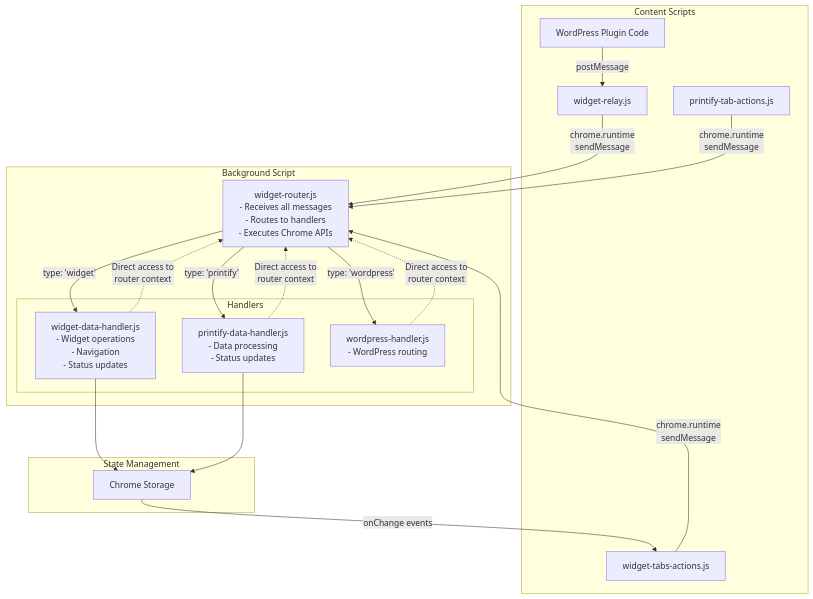
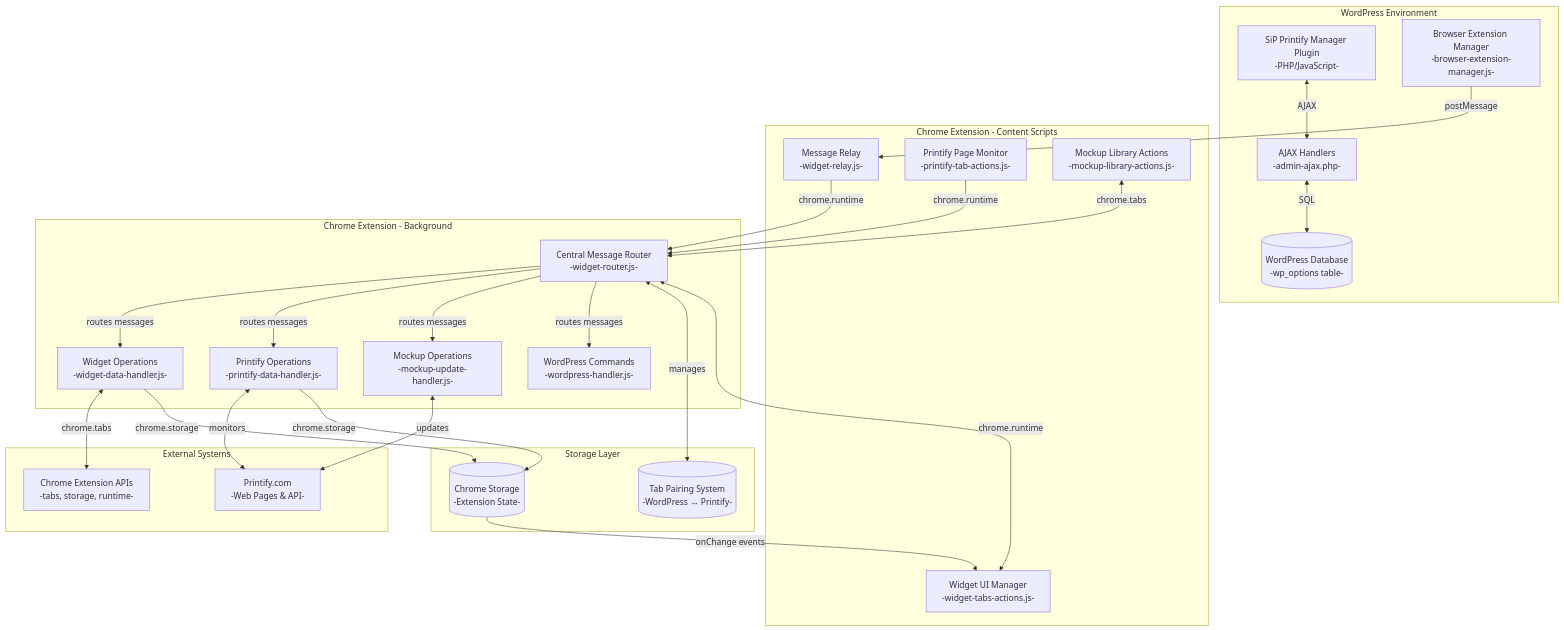
Before and after one commit to tdemelle-SiP/.claude: the first of 3 diagrams in guidelines/sip-printify-manager-extension-widget.md, drawn with Mermaid. The commit also changed other lines of this file and 2 other files, not shown here.

````diff
--- a/guidelines/sip-printify-manager-extension-widget.md
+++ b/guidelines/sip-printify-manager-extension-widget.md
@@ -210,40 +38,62 @@
 ```mermaid
-graph TB
-    subgraph "Content Scripts"
-        WP[WordPress Plugin Code]
-        WR[widget-relay.js]
-        PTA[printify-tab-actions.js]
-        WTA[widget-tabs-actions.js]
+flowchart TD
+    subgraph "WordPress Environment"
+        WPPlugin[SiP Printify Manager Plugin<br/>-PHP/JavaScript-]
+        WPAjax[AJAX Handlers<br/>-admin-ajax.php-]
+        WPDatabase[(WordPress Database<br/>-wp_options table-)]
+        BrowserExtMgr[Browser Extension Manager<br/>-browser-extension-manager.js-]
     end
     
-    subgraph "Background Script"
-        Router["widget-router.js<br/>- Receives all messages<br/>- Routes to handlers<br/>- Executes Chrome APIs"]
-        
-        subgraph "Handlers"
-            WH["widget-data-handler.js<br/>- Widget operations<br/>- Navigation<br/>- Status updates"]
-            PH["printify-data-handler.js<br/>- Data processing<br/>- Status updates"]
-            WPH["wordpress-handler.js<br/>- WordPress routing"]
-        end
+    subgraph "Chrome Extension - Content Scripts"
+        WidgetRelay[Message Relay<br/>-widget-relay.js-]
+        WidgetUI[Widget UI Manager<br/>-widget-tabs-actions.js-]
+        PrintifyMonitor[Printify Page Monitor<br/>-printify-tab-actions.js-]
+        MockupActions[Mockup Library Actions<br/>-mockup-library-actions.js-]
     end
     
-    WP -->|postMessage| WR
-    WR -->|"chrome.runtime<br/>sendMessage"| Router
-    PTA -->|"chrome.runtime<br/>sendMessage"| Router
-    WTA -->|"chrome.runtime<br/>sendMessage"| Router
-    
-    Router -->|type: 'widget'| WH
-    Router -->|type: 'printify'| PH
-    Router -->|type: 'wordpress'| WPH
-    
-    WH -.->|"Direct access to<br/>router context"| Router
-    PH -.->|"Direct access to<br/>router context"| Router
-    WPH -.->|"Direct access to<br/>router context"| Router
-    
-    subgraph "State Management"
-        Storage[Chrome Storage]
+    subgraph "Chrome Extension - Background"
+        Router[Central Message Router<br/>-widget-router.js-]
+        WidgetHandler[Widget Operations<br/>-widget-data-handler.js-]
+        PrintifyHandler[Printify Operations<br/>-printify-data-handler.js-]
+        MockupHandler[Mockup Operations<br/>-mockup-update-handler.js-]
+        WordPressHandler[WordPress Commands<br/>-wordpress-handler.js-]
     end
     
-    WH --> Storage
-    PH --> Storage
-    Storage -->|onChange events| WTA
+    subgraph "External Systems"
+        PrintifyAPI[Printify.com<br/>-Web Pages & API-]
+        ChromeAPIs[Chrome Extension APIs<br/>-tabs, storage, runtime-]
+    end
+    
+    subgraph "Storage Layer"
+        ChromeStorage[(Chrome Storage<br/>-Extension State-)]
+        TabPairs[(Tab Pairing System<br/>-WordPress ↔ Printify-)]
+    end
+    
+    %% Communication channels
+    WPPlugin <-->|AJAX| WPAjax
+    WPAjax <-->|SQL| WPDatabase
+    BrowserExtMgr -->|postMessage| WidgetRelay
+    WidgetRelay -->|chrome.runtime| Router
+    
+    %% Content script connections
+    WidgetUI <-->|chrome.runtime| Router
+    PrintifyMonitor -->|chrome.runtime| Router
+    MockupActions <-->|chrome.tabs| Router
+    
+    %% Router to handlers
+    Router -->|routes messages| WidgetHandler
+    Router -->|routes messages| PrintifyHandler
+    Router -->|routes messages| MockupHandler
+    Router -->|routes messages| WordPressHandler
+    
+    %% Handler operations
+    WidgetHandler <-->|chrome.tabs| ChromeAPIs
+    PrintifyHandler <-->|monitors| PrintifyAPI
+    MockupHandler <-->|updates| PrintifyAPI
+    
+    %% Storage connections
+    WidgetHandler -->|chrome.storage| ChromeStorage
+    PrintifyHandler -->|chrome.storage| ChromeStorage
+    ChromeStorage -->|onChange events| WidgetUI
+    Router <-->|manages| TabPairs
 ```
````
